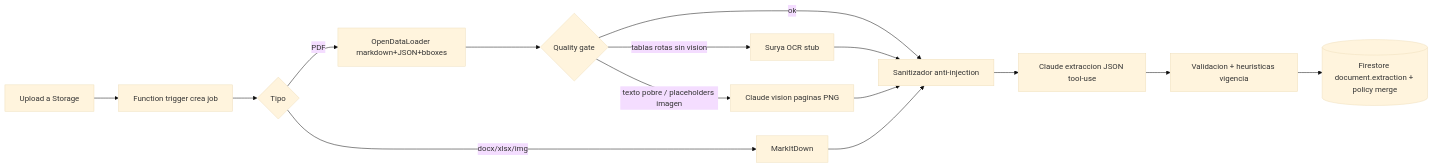
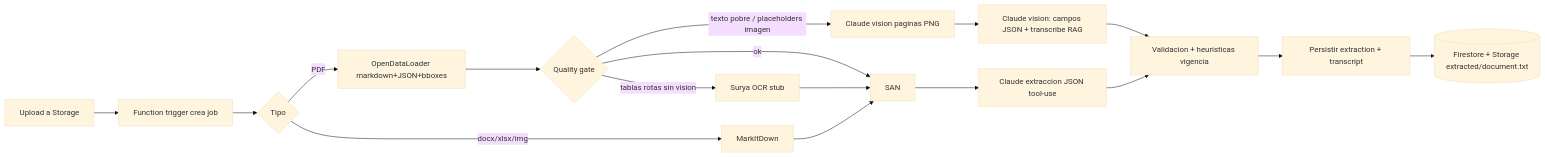
Before and after one commit to davidsalgajim/Insurwallet_reconversion: the second of 4 diagrams in docs/plan-reconversion.md, drawn with Mermaid (base theme). The commit also changed other lines of this file and 23 other files, not shown here.

First line of the commit message:
feat: persist full document transcript for MarIAna RAG indexing

````diff
--- a/docs/plan-reconversion.md
+++ b/docs/plan-reconversion.md
@@ -132,17 +141,19 @@
 ```mermaid
 flowchart LR
     UP[Upload a Storage] --> TRG[Function trigger crea job]
     TRG --> TYPE{Tipo}
     TYPE -->|PDF| ODL[OpenDataLoader markdown+JSON+bboxes]
     TYPE -->|docx/xlsx/img| MID[MarkItDown]
     ODL --> QG{Quality gate}
     QG -->|texto pobre / placeholders imagen| VISION[Claude vision paginas PNG]
     QG -->|ok| SAN
     QG -->|tablas rotas sin vision| SURYA[Surya OCR stub]
     SURYA --> SAN
-    VISION --> SAN[Sanitizador anti-injection]
+    VISION --> CLV[Claude vision: campos JSON + transcribe RAG]
     MID --> SAN
     SAN --> CL[Claude extraccion JSON tool-use]
     CL --> VAL[Validacion + heuristicas vigencia]
-    VAL --> FS[(Firestore document.extraction + policy merge)]
+    CLV --> VAL
+    VAL --> PERSIST[Persistir extraction + transcript]
+    PERSIST --> FS[(Firestore + Storage extracted/document.txt)]
 ```
````
